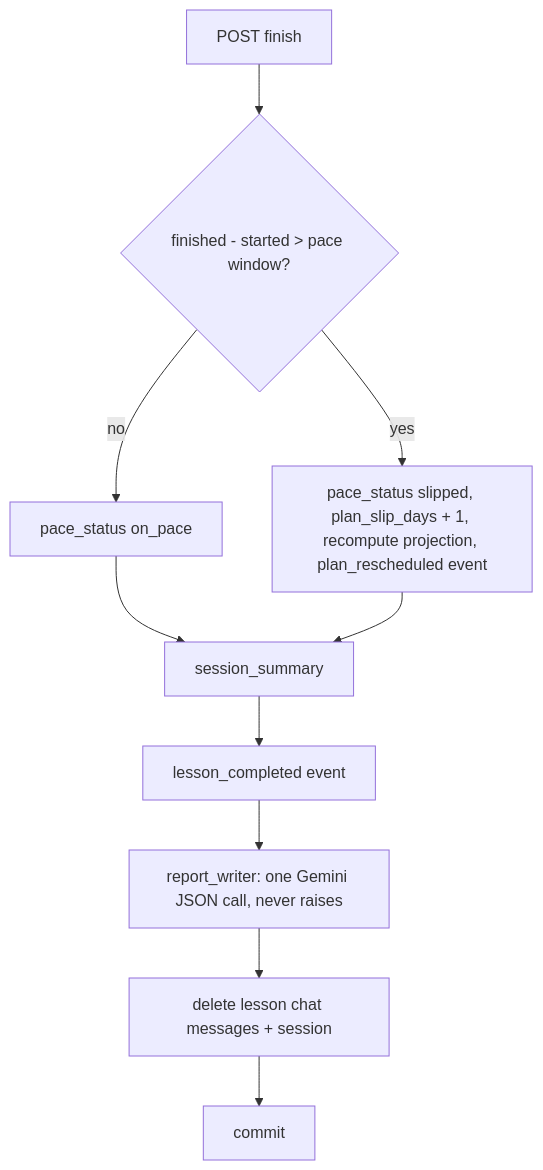
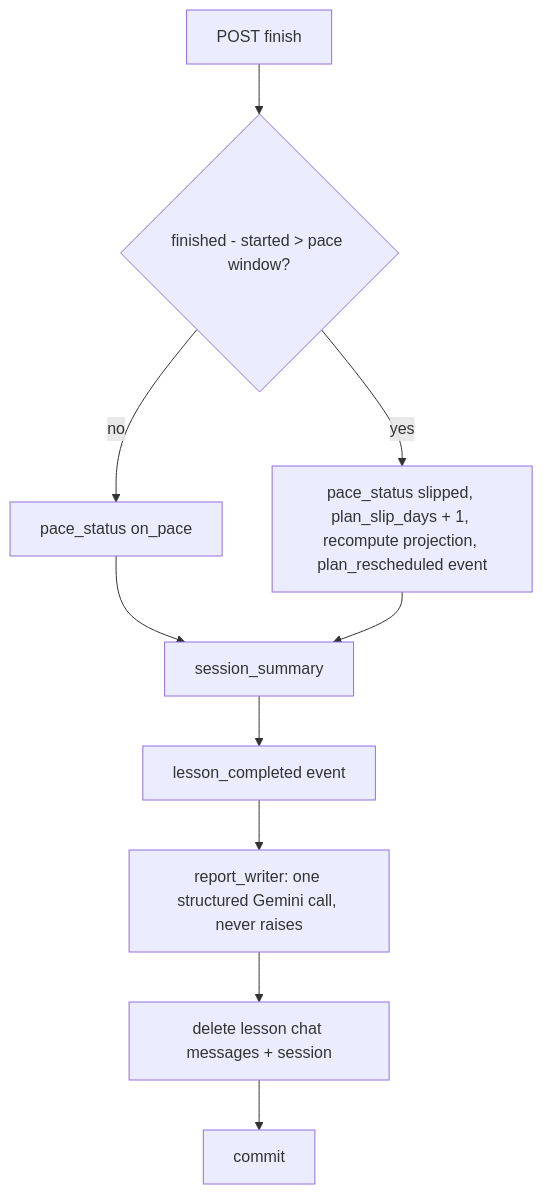
The fourth of 4 diagrams in docs/tech_requirements/backend.md (paulpolz/lingua-coach), drawn with Mermaid before and after one commit. The commit also changed other lines of this file and 26 other files, not shown here.

````diff
--- a/docs/tech_requirements/backend.md
+++ b/docs/tech_requirements/backend.md
@@ -147,12 +152,12 @@
 ```mermaid
 flowchart TD
   f[POST finish] --> pace{finished - started > pace window?}
   pace -- no --> on[pace_status on_pace]
   pace -- yes --> slip[pace_status slipped, plan_slip_days + 1, recompute projection, plan_rescheduled event]
   on --> sum[session_summary]
   slip --> sum
   sum --> ev[lesson_completed event]
-  ev --> rep[report_writer: one Gemini JSON call, never raises]
+  ev --> rep[report_writer: one structured Gemini call, never raises]
   rep --> del[delete lesson chat messages + session]
   del --> commit[commit]
 ```
````
